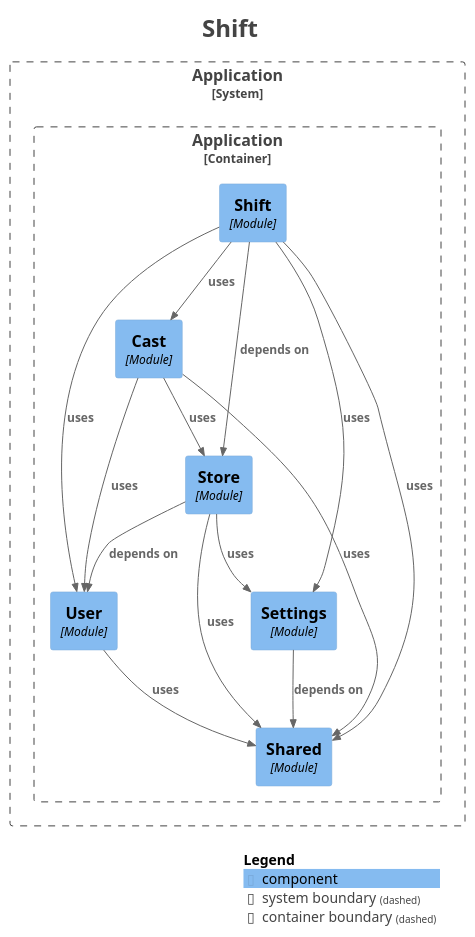
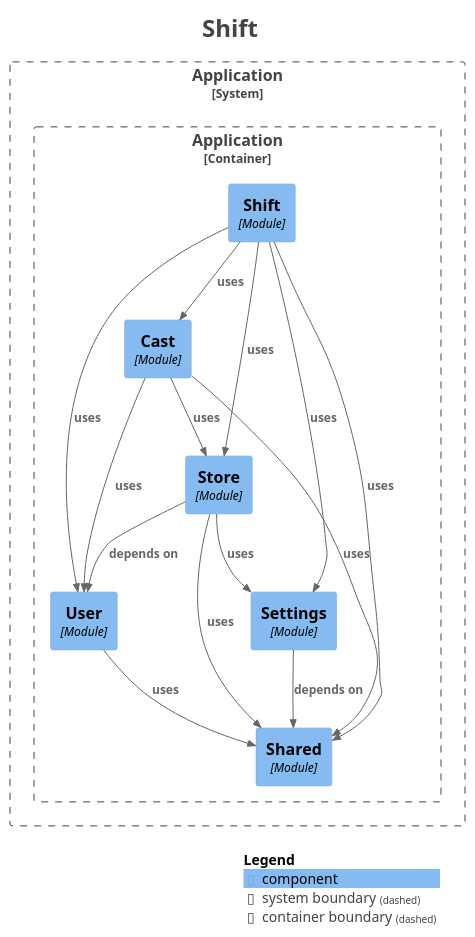
One commit to kanghouchao/Kizuna changed the diagram in backend/docs/modulith/module-shift.puml. Above: the diagram before and after it, drawn with PlantUML. The commit also changed 12 other files, not shown here.

```diff
--- a/backend/docs/modulith/module-shift.puml
+++ b/backend/docs/modulith/module-shift.puml
@@ -1,46 +1,46 @@
 @startuml
 title <size:24>Shift</size>
 
 set separator none
 top to bottom direction
 
 <style>
   root {
     BackgroundColor: #ffffff
     FontColor: #444444
   }
 </style>
 
 !include <C4/C4>
 !include <C4/C4_Context>
 !include <C4/C4_Component>
 
 System_Boundary("Application_boundary", "Application", $tags="") {
   Container_Boundary("Application.Application_boundary", "Application", $tags="") {
     Component(Application.Application.Store, "Store", $techn="Module", $descr="", $tags="", $link="")
     Component(Application.Application.Cast, "Cast", $techn="Module", $descr="", $tags="", $link="")
     Component(Application.Application.Shift, "Shift", $techn="Module", $descr="", $tags="", $link="")
     Component(Application.Application.Shared, "Shared", $techn="Module", $descr="", $tags="", $link="")
     Component(Application.Application.Settings, "Settings", $techn="Module", $descr="", $tags="", $link="")
     Component(Application.Application.User, "User", $techn="Module", $descr="", $tags="", $link="")
   }
 
 }
 
-Rel(Application.Application.Settings, Application.Application.Shared, "depends on", $techn="", $tags="", $link="")
+Rel(Application.Application.Cast, Application.Application.User, "uses", $techn="", $tags="", $link="")
+Rel(Application.Application.Cast, Application.Application.Store, "uses", $techn="", $tags="", $link="")
+Rel(Application.Application.Cast, Application.Application.Shared, "uses", $techn="", $tags="", $link="")
+Rel(Application.Application.Shift, Application.Application.Settings, "uses", $techn="", $tags="", $link="")
+Rel(Application.Application.Shift, Application.Application.Cast, "uses", $techn="", $tags="", $link="")
+Rel(Application.Application.Shift, Application.Application.User, "uses", $techn="", $tags="", $link="")
+Rel(Application.Application.Shift, Application.Application.Store, "uses", $techn="", $tags="", $link="")
+Rel(Application.Application.Shift, Application.Application.Shared, "uses", $techn="", $tags="", $link="")
 Rel(Application.Application.Store, Application.Application.User, "depends on", $techn="", $tags="", $link="")
 Rel(Application.Application.Store, Application.Application.Settings, "uses", $techn="", $tags="", $link="")
 Rel(Application.Application.Store, Application.Application.Shared, "uses", $techn="", $tags="", $link="")
-Rel(Application.Application.Shift, Application.Application.Store, "depends on", $techn="", $tags="", $link="")
-Rel(Application.Application.Shift, Application.Application.Settings, "uses", $techn="", $tags="", $link="")
-Rel(Application.Application.Shift, Application.Application.Cast, "uses", $techn="", $tags="", $link="")
-Rel(Application.Application.Shift, Application.Application.User, "uses", $techn="", $tags="", $link="")
-Rel(Application.Application.Shift, Application.Application.Shared, "uses", $techn="", $tags="", $link="")
-Rel(Application.Application.Cast, Application.Application.User, "uses", $techn="", $tags="", $link="")
-Rel(Application.Application.Cast, Application.Application.Store, "uses", $techn="", $tags="", $link="")
-Rel(Application.Application.Cast, Application.Application.Shared, "uses", $techn="", $tags="", $link="")
+Rel(Application.Application.Settings, Application.Application.Shared, "depends on", $techn="", $tags="", $link="")
 Rel(Application.Application.User, Application.Application.Shared, "uses", $techn="", $tags="", $link="")
 
 SHOW_LEGEND(true)
 hide stereotypes
 @enduml
```
